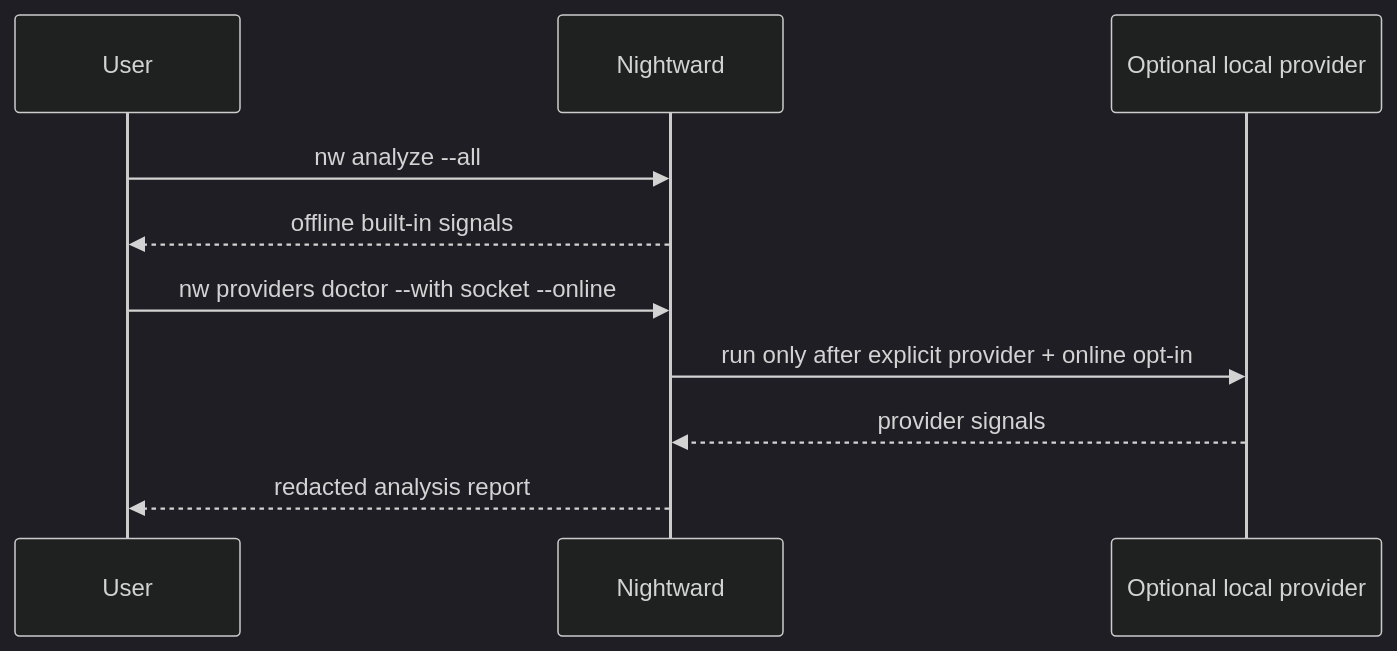
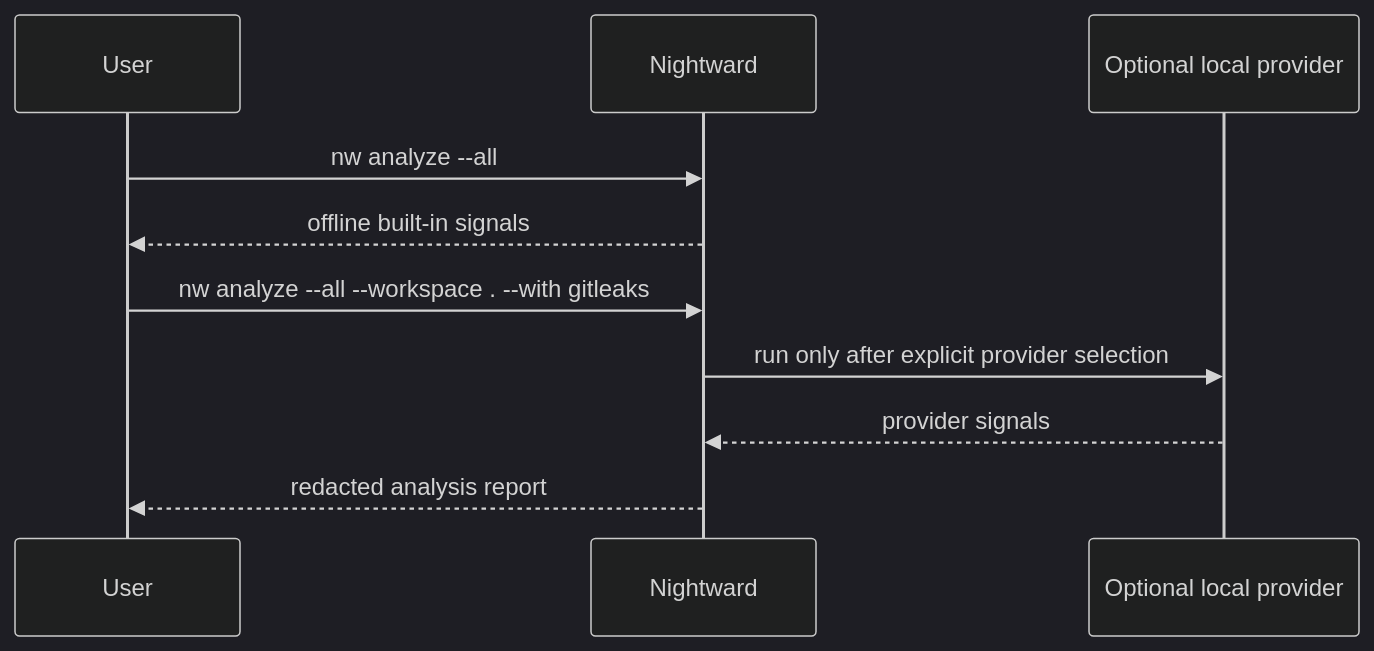
Before and after one commit to JSONbored/nightward: the third of 3 diagrams in README.md, drawn with Mermaid (dark theme). The commit also changed other lines of this file and 80 other files, not shown here.

````diff
--- a/README.md
+++ b/README.md
@@ -247,12 +258,12 @@
 ```mermaid
 sequenceDiagram
   participant User
   participant Nightward
   participant LocalTool as Optional local provider
   User->>Nightward: nw analyze --all
   Nightward-->>User: offline built-in signals
-  User->>Nightward: nw providers doctor --with socket --online
-  Nightward->>LocalTool: run only after explicit provider + online opt-in
+  User->>Nightward: nw analyze --all --workspace . --with gitleaks
+  Nightward->>LocalTool: run only after explicit provider selection
   LocalTool-->>Nightward: provider signals
   Nightward-->>User: redacted analysis report
 ```
````
